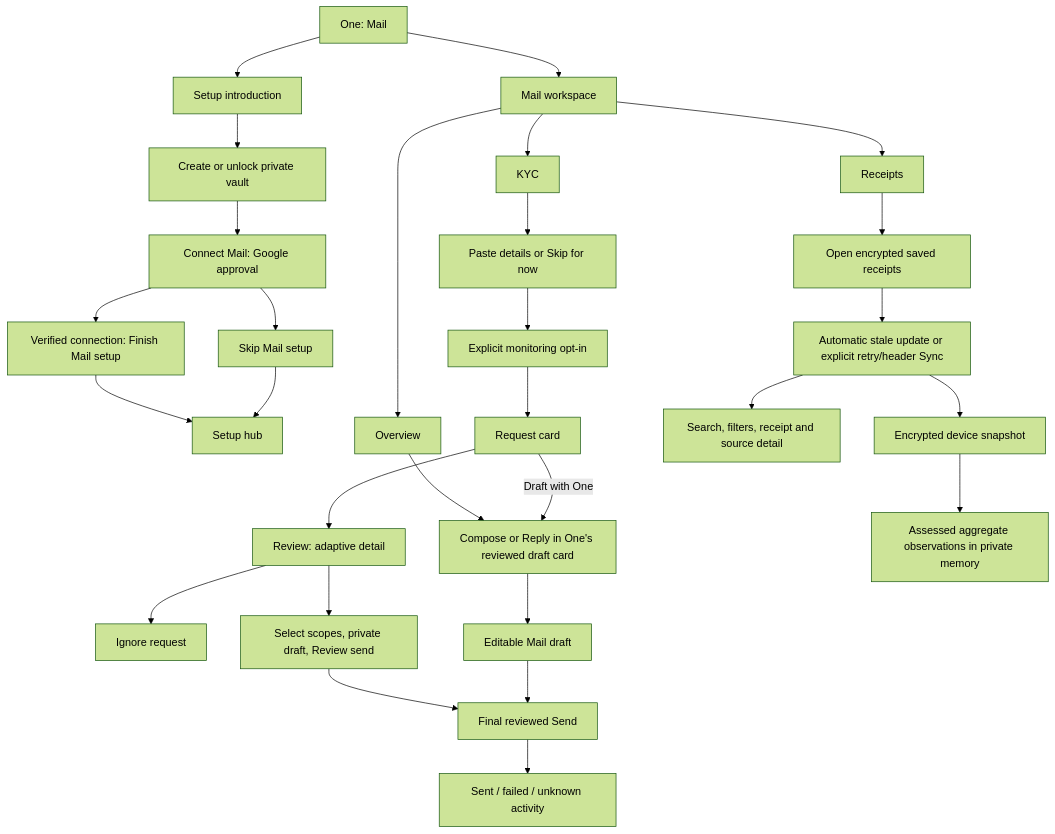
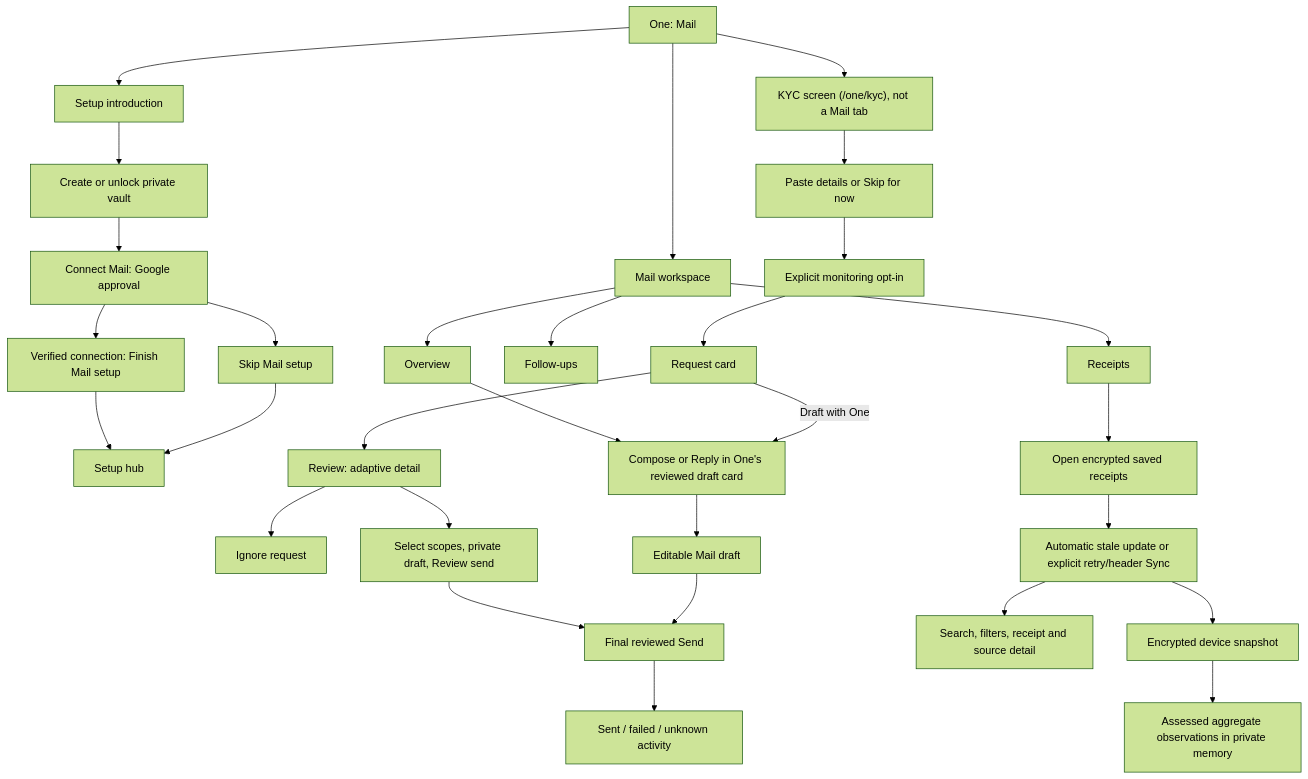
The diagram in hushh-webapp/docs/ui-contracts/mail.md (hushh-labs/hushh-research), drawn with Mermaid (forest theme) before and after one commit. The commit also changed other lines of this file and 54 other files, not shown here.

First line of the commit message:
feat(kyc): give KYC its own screen and take it out of Mail

````diff
--- a/hushh-webapp/docs/ui-contracts/mail.md
+++ b/hushh-webapp/docs/ui-contracts/mail.md
@@ -137,31 +137,32 @@
 ```mermaid
 flowchart TD
   roster["One: Mail"] --> setup["Setup introduction"]
   setup --> lock["Create or unlock private vault"]
   lock --> connect["Connect Mail: Google approval"]
   connect --> finish["Verified connection: Finish Mail setup"]
   connect --> skip["Skip Mail setup"]
   finish --> hub["Setup hub"]
   skip --> hub
   roster --> mail["Mail workspace"]
   mail --> overview["Overview"]
-  mail --> kyc["KYC"]
+  mail --> followups["Follow-ups"]
   mail --> receipts["Receipts"]
   overview --> one["Compose or Reply in One's reviewed draft card"]
+  roster --> kyc["KYC screen (/one/kyc), not a Mail tab"]
   kyc --> profile["Paste details or Skip for now"]
   profile --> monitor["Explicit monitoring opt-in"]
   monitor --> request["Request card"]
   request --> review["Review: adaptive detail"]
   review --> ignore["Ignore request"]
   review --> direct["Select scopes, private draft, Review send"]
   direct --> send
   request -->|Draft with One| one
   receipts --> restore["Open encrypted saved receipts"]
   restore --> scan["Automatic stale update or explicit retry/header Sync"]
   scan --> list["Search, filters, receipt and source detail"]
   scan --> saved["Encrypted device snapshot"]
   saved --> memory["Assessed aggregate observations in private memory"]
   one --> draft["Editable Mail draft"]
   draft --> send["Final reviewed Send"]
   send --> activity["Sent / failed / unknown activity"]
 ```
````
